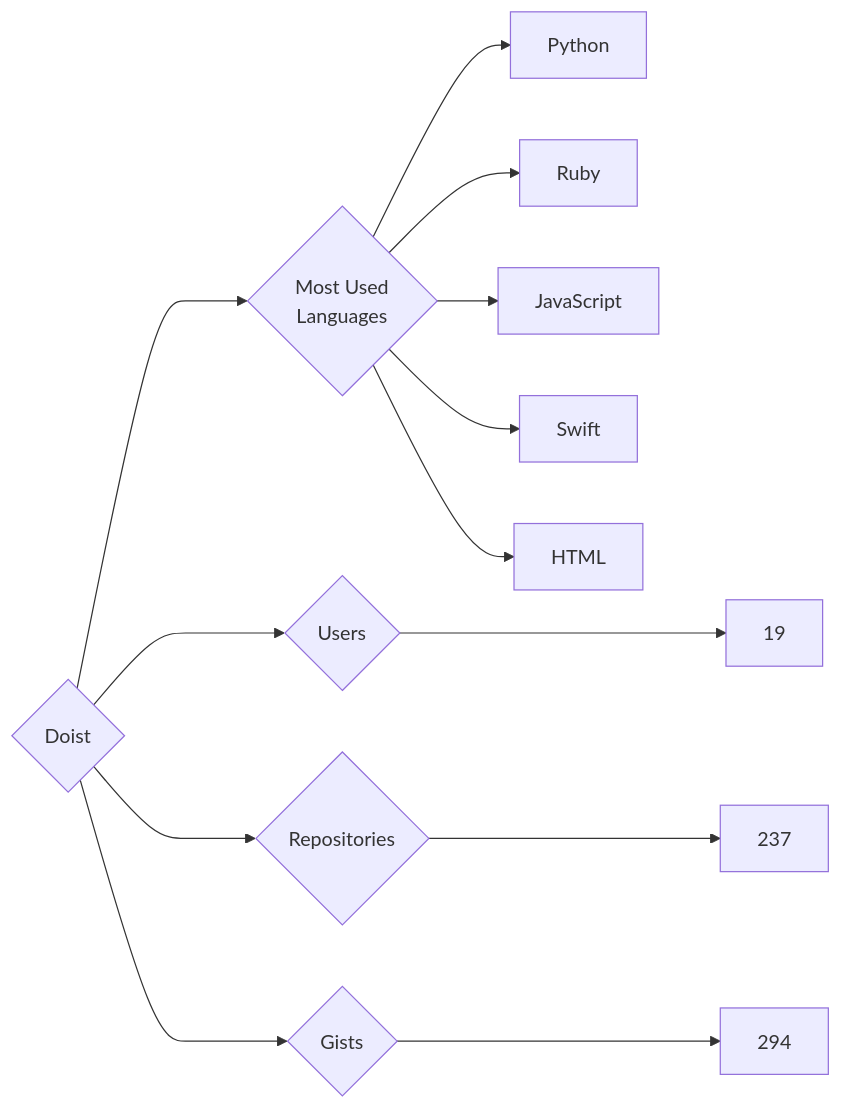
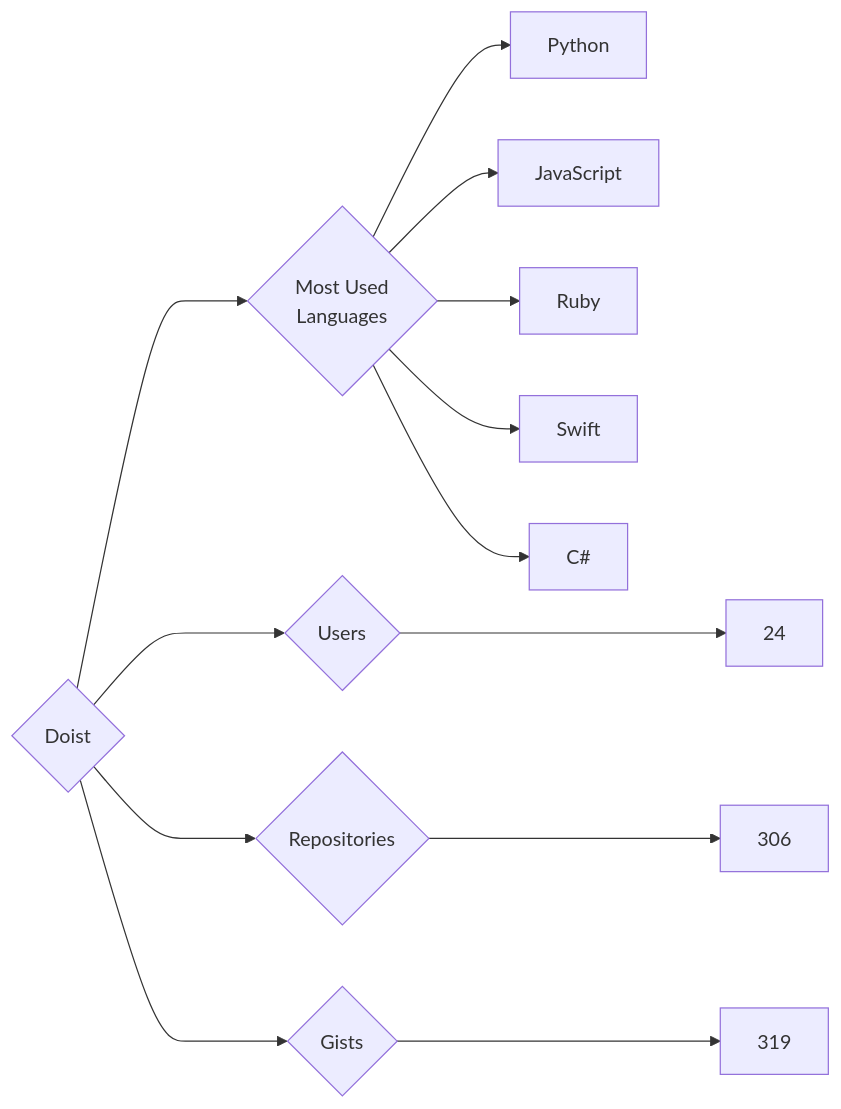
The diagram in targets/Doist/README.md (trickest/insiders), drawn with Mermaid before and after one commit. The commit also changed 873 other files, not shown here.

````diff
--- a/targets/Doist/README.md
+++ b/targets/Doist/README.md
@@ -3,13 +3,13 @@
 ```mermaid
 graph LR
 COMPANY_NAME{Doist}
-COMPANY_NAME ---> U{Users} ---> UN[19]
-COMPANY_NAME ---> R{Repositories} ---> RN[237]
-COMPANY_NAME ---> G{Gists} ---> GN[294]
+COMPANY_NAME ---> U{Users} ---> UN[24]
+COMPANY_NAME ---> R{Repositories} ---> RN[306]
+COMPANY_NAME ---> G{Gists} ---> GN[319]
 COMPANY_NAME ---> ML{Most Used<br>Languages}
 ML --> Python[Python]
+ML --> JavaScript[JavaScript]
 ML --> Ruby[Ruby]
-ML --> JavaScript[JavaScript]
 ML --> Swift[Swift]
-ML --> HTML[HTML]
+ML --> C#[C#]
 ```
````
